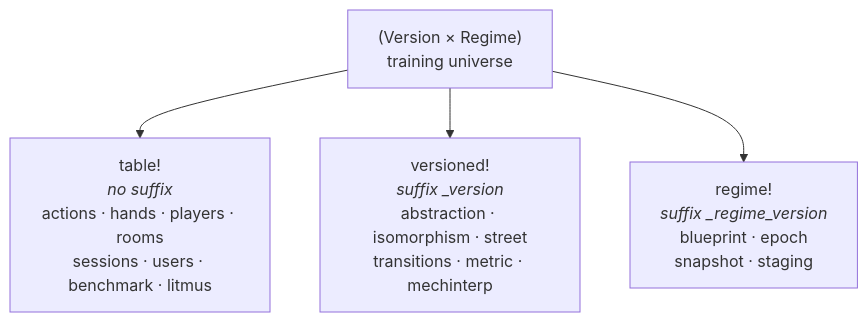
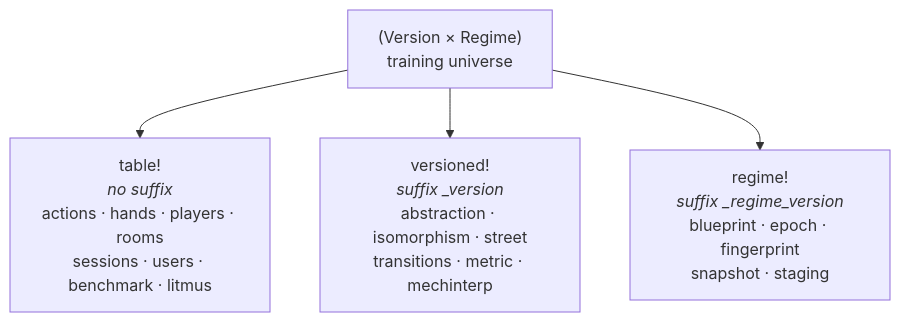
The first of 2 diagrams in crates/daybook/README.md (krukah/robopoker), drawn with Mermaid before and after one commit. The commit also changed other lines of this file and 26 other files, not shown here.

````diff
--- a/crates/daybook/README.md
+++ b/crates/daybook/README.md
@@ -7,7 +7,7 @@
 ```mermaid
 flowchart TD
   U["(Version × Regime)<br/>training universe"]
   U --> T["table!<br/><i>no suffix</i><br/>actions · hands · players · rooms<br/>sessions · users · benchmark · litmus"]
   U --> V["versioned!<br/><i>suffix _version</i><br/>abstraction · isomorphism · street<br/>transitions · metric · mechinterp"]
-  U --> R["regime!<br/><i>suffix _regime_version</i><br/>blueprint · epoch<br/>snapshot · staging"]
+  U --> R["regime!<br/><i>suffix _regime_version</i><br/>blueprint · epoch · fingerprint<br/>snapshot · staging"]
 ```
````
